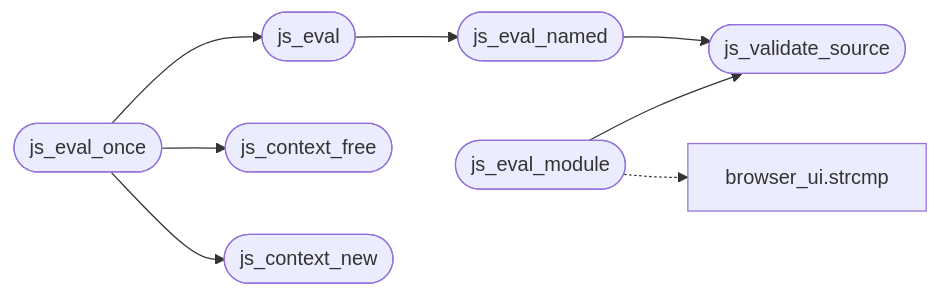
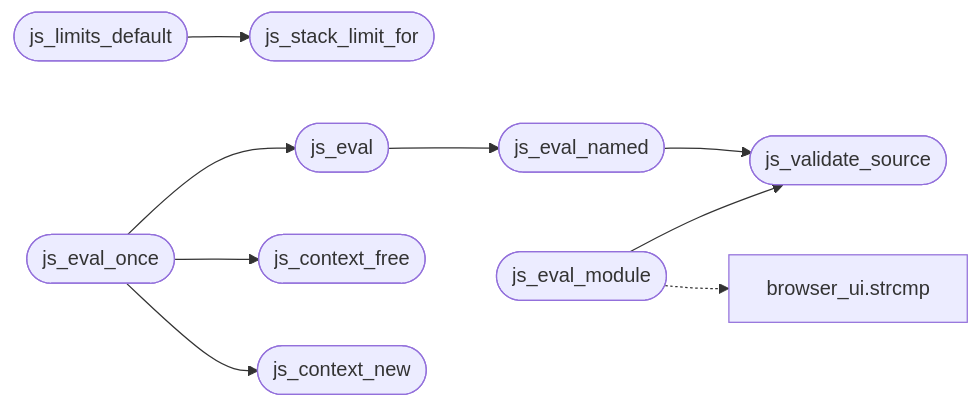
Before and after one commit to grisuno/FreeDom: the second of 2 diagrams in readmenator-apidocs/modules/src.js_sandbox.c.md, drawn with Mermaid. The commit also changed other lines of this file and 194 other files, not shown here.

````diff
--- a/readmenator-apidocs/modules/src.js_sandbox.c.md
+++ b/readmenator-apidocs/modules/src.js_sandbox.c.md
@@ -28,18 +28,21 @@
 ```mermaid
 flowchart LR
+    n_src_js_sandbox_c__js_limits_default(["js_limits_default"])
+    n_src_js_sandbox_c__js_stack_limit_for(["js_stack_limit_for"])
     n_src_js_sandbox_c__js_eval(["js_eval"])
     n_src_js_sandbox_c__js_eval_named(["js_eval_named"])
     n_src_js_sandbox_c__js_validate_source(["js_validate_source"])
     n_src_js_sandbox_c__js_eval_once(["js_eval_once"])
     n_src_js_sandbox_c__js_context_free(["js_context_free"])
     n_src_js_sandbox_c__js_context_new(["js_context_new"])
     n_src_js_sandbox_c__js_eval_module(["js_eval_module"])
     n_gui_browser_ui_c__strcmp["browser_ui.strcmp"]
+    n_src_js_sandbox_c__js_limits_default --> n_src_js_sandbox_c__js_stack_limit_for
     n_src_js_sandbox_c__js_eval --> n_src_js_sandbox_c__js_eval_named
     n_src_js_sandbox_c__js_eval_named --> n_src_js_sandbox_c__js_validate_source
     n_src_js_sandbox_c__js_eval_once --> n_src_js_sandbox_c__js_context_free
     n_src_js_sandbox_c__js_eval_once --> n_src_js_sandbox_c__js_context_new
     n_src_js_sandbox_c__js_eval_once --> n_src_js_sandbox_c__js_eval
     n_src_js_sandbox_c__js_eval_module --> n_src_js_sandbox_c__js_validate_source
     n_src_js_sandbox_c__js_eval_module -.-> n_gui_browser_ui_c__strcmp
 ```
````
